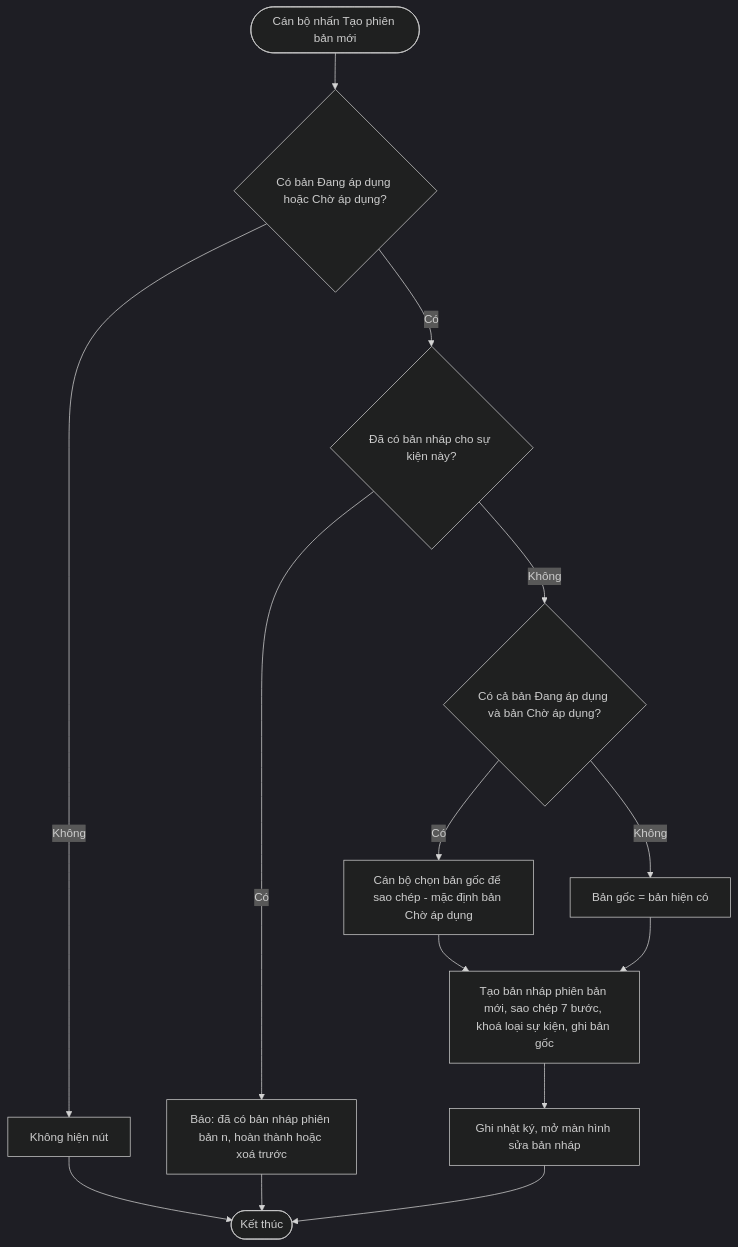
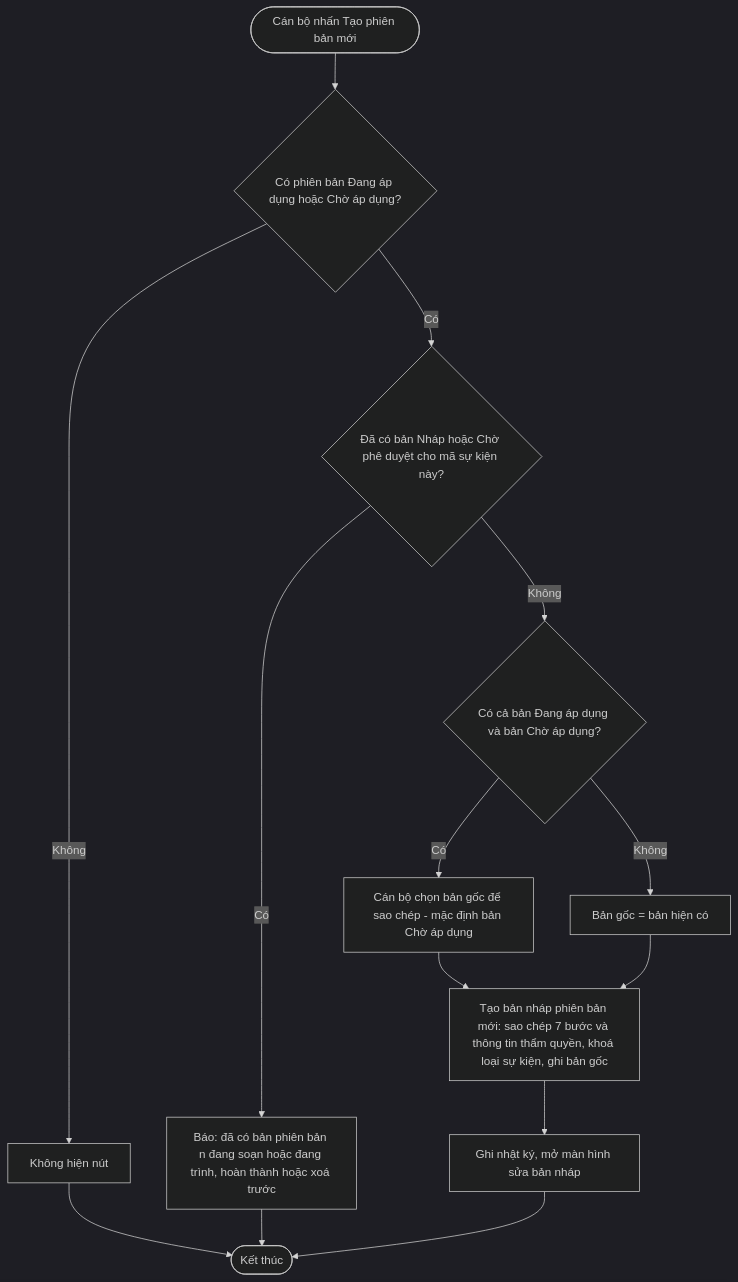
Before and after one commit to cuongnh-rd/ndatrace-attp: diagram 15 of 17 in docs/prd/PRD-Xay-dung-Su-kien-trong-yeu.md, drawn with Mermaid (dark theme). The commit also changed other lines of this file and 18 other files, not shown here.

First line of the commit message:
docs: PRD Xây dựng Sự kiện trọng yếu v6 - đối chiếu Quyển 2/3, bổ sung phê duyệt, quy tắc viết đầy đủ

````diff
--- a/docs/prd/PRD-Xay-dung-Su-kien-trong-yeu.md
+++ b/docs/prd/PRD-Xay-dung-Su-kien-trong-yeu.md
@@ -544,13 +993,13 @@
 ```mermaid
 flowchart TD
-    A([Cán bộ nhấn Tạo phiên bản mới]) --> B{Có bản Đang áp dụng hoặc Chờ áp dụng?}
+    A([Cán bộ nhấn Tạo phiên bản mới]) --> B{Có phiên bản Đang áp dụng hoặc Chờ áp dụng?}
     B -- Không --> X1[Không hiện nút] --> Z([Kết thúc])
-    B -- Có --> C{Đã có bản nháp cho sự kiện này?}
-    C -- Có --> X2[Báo: đã có bản nháp phiên bản n, hoàn thành hoặc xoá trước] --> Z
+    B -- Có --> C{Đã có bản Nháp hoặc Chờ phê duyệt cho mã sự kiện này?}
+    C -- Có --> X2[Báo: đã có bản phiên bản n đang soạn hoặc đang trình, hoàn thành hoặc xoá trước] --> Z
     C -- Không --> D{Có cả bản Đang áp dụng và bản Chờ áp dụng?}
     D -- Có --> E[Cán bộ chọn bản gốc để sao chép - mặc định bản Chờ áp dụng]
     D -- Không --> F[Bản gốc = bản hiện có]
     E --> G
-    F --> G[Tạo bản nháp phiên bản mới, sao chép 7 bước, khoá loại sự kiện, ghi bản gốc]
+    F --> G[Tạo bản nháp phiên bản mới: sao chép 7 bước và thông tin thẩm quyền, khoá loại sự kiện, ghi bản gốc]
     G --> H[Ghi nhật ký, mở màn hình sửa bản nháp] --> Z
 ```
````
